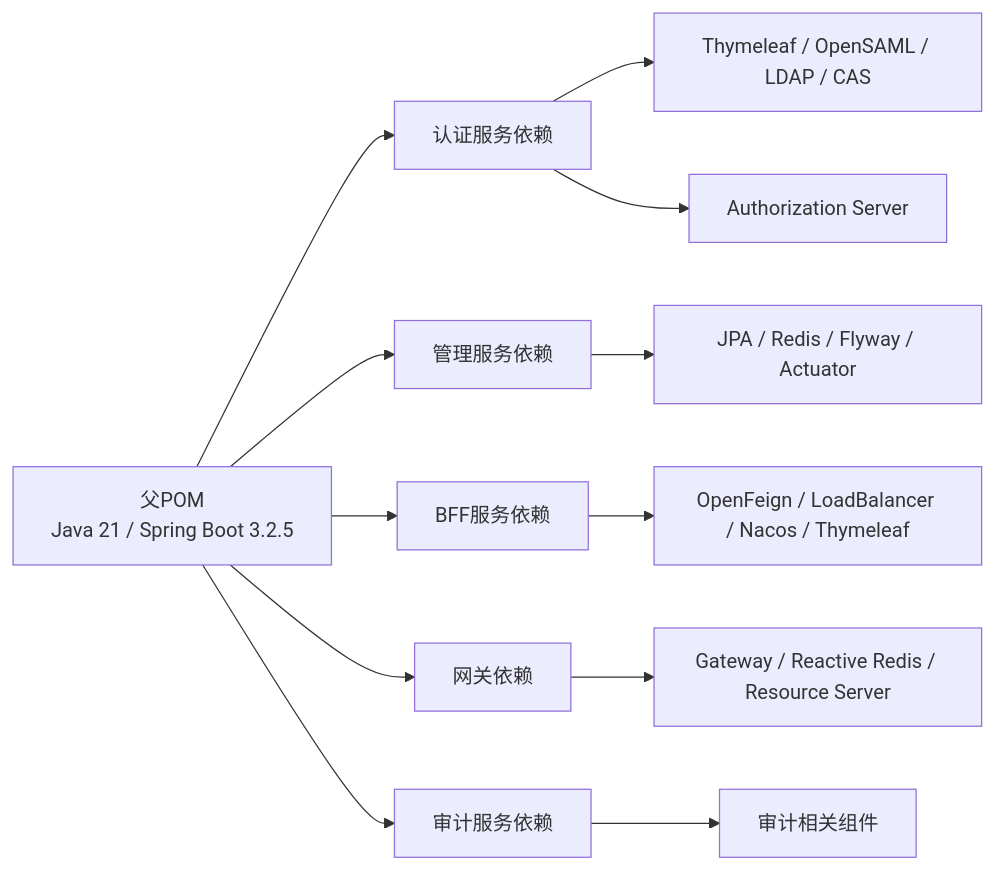
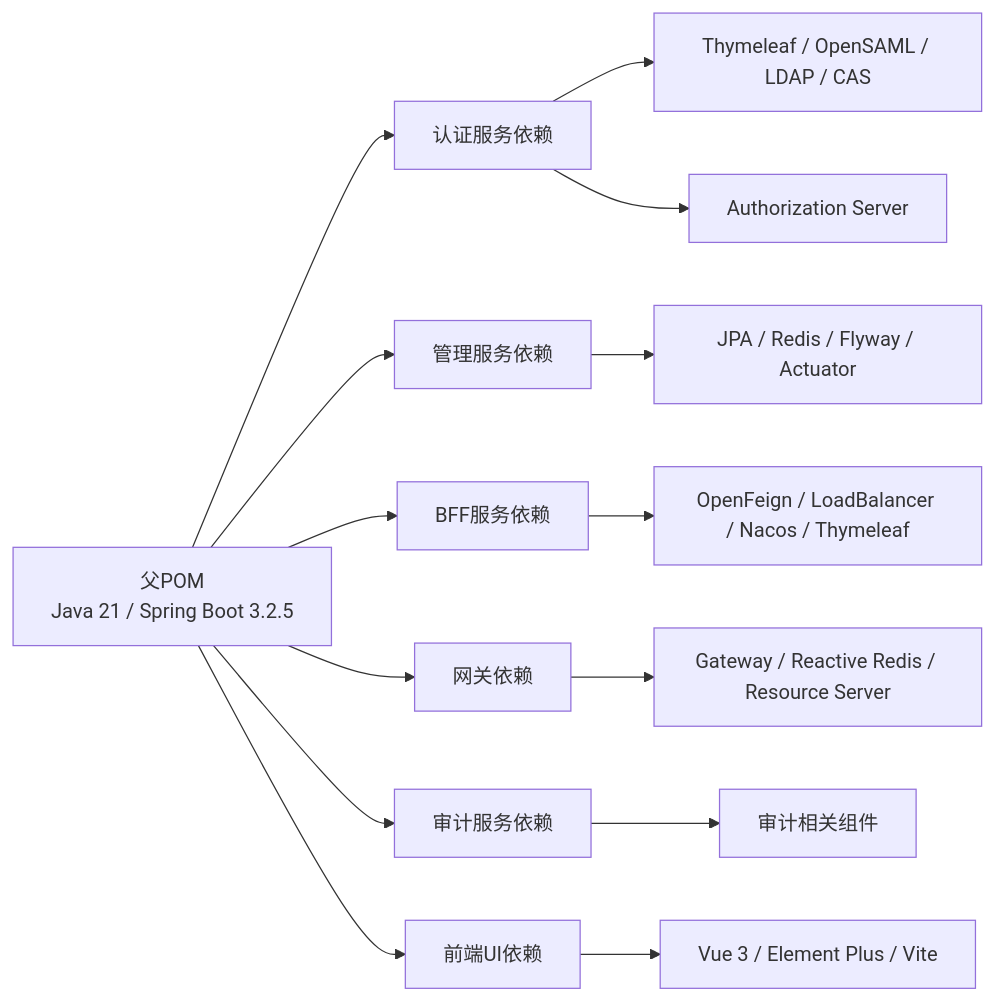
Before and after one commit to fq0121104930716/iam-platform: the fourth of 4 diagrams in .qoder/repowiki/zh/content/开发指南/开发环境搭建/开发环境搭建.md, drawn with Mermaid. The commit also changed other lines of this file and 6 other files, not shown here.

````diff
--- a/.qoder/repowiki/zh/content/开发指南/开发环境搭建/开发环境搭建.md
+++ b/.qoder/repowiki/zh/content/开发指南/开发环境搭建/开发环境搭建.md
@@ -316,14 +355,16 @@
 ```mermaid
 graph LR
 P["父POM<br/>Java 21 / Spring Boot 3.2.5"] --> A["认证服务依赖"]
 P --> M["管理服务依赖"]
 P --> F["BFF服务依赖"]
 P --> G["网关依赖"]
 P --> U["审计服务依赖"]
+P --> UI["前端UI依赖"]
 A --> A1["Thymeleaf / OpenSAML / LDAP / CAS"]
 A --> A2["Authorization Server"]
 M --> M1["JPA / Redis / Flyway / Actuator"]
 F --> F1["OpenFeign / LoadBalancer / Nacos / Thymeleaf"]
 G --> G1["Gateway / Reactive Redis / Resource Server"]
 U --> U1["审计相关组件"]
+UI --> UI1["Vue 3 / Element Plus / Vite"]
 ```
````
